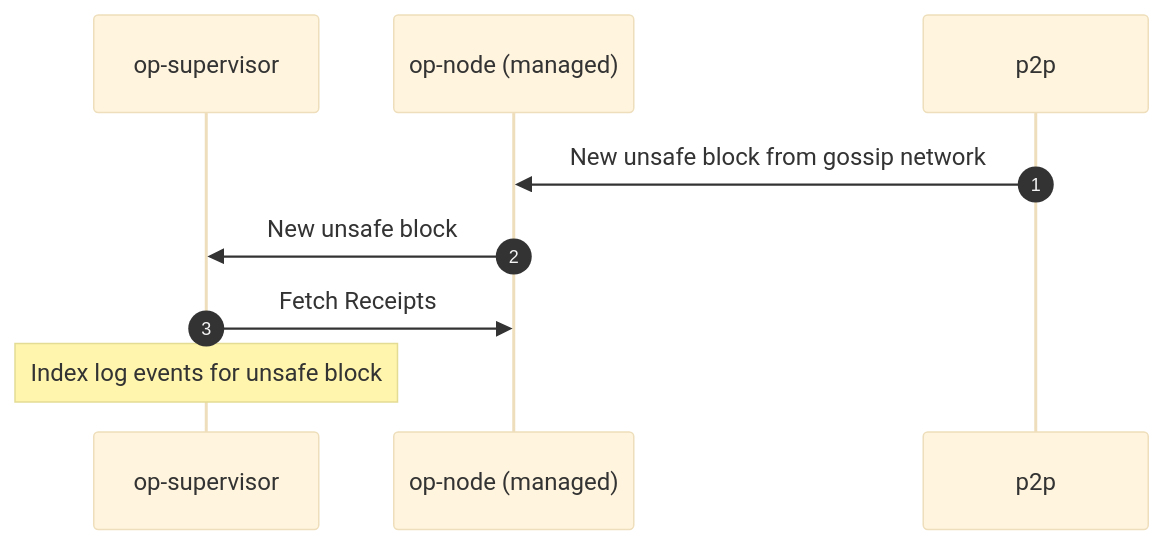
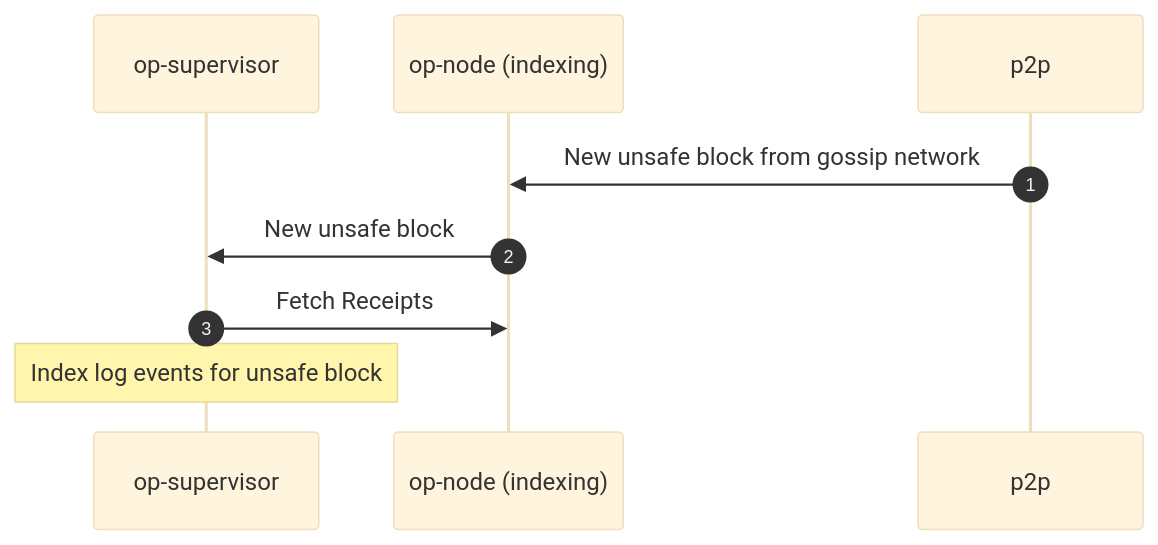
Before and after one commit to KellyHarte/locksmith-lab: the third of 4 diagrams in op-supervisor/README.md, drawn with Mermaid (base theme). The commit also changed other lines of this file and 25 other files, not shown here.

Commit message:
op-node, op-supervisor, etc.: rename managed and standard mode to indexing and following (#16464)

````diff
--- a/op-supervisor/README.md
+++ b/op-supervisor/README.md
@@ -167,14 +167,14 @@
 ```mermaid
 sequenceDiagram
 autonumber
 
 participant super as op-supervisor
-participant node as op-node (managed)
+participant node as op-node (indexing)
 participant p2p as p2p
 
 p2p ->> node: New unsafe block from gossip network
 node ->> super: New unsafe block
 
 super ->> node: Fetch Receipts
 Note over super: Index log events for unsafe block
 ```
````
